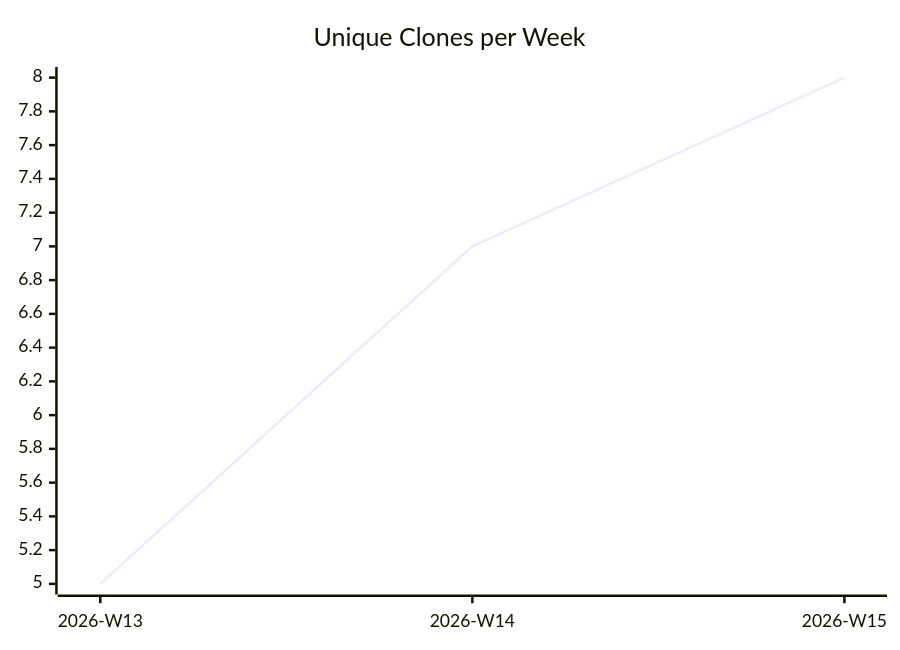
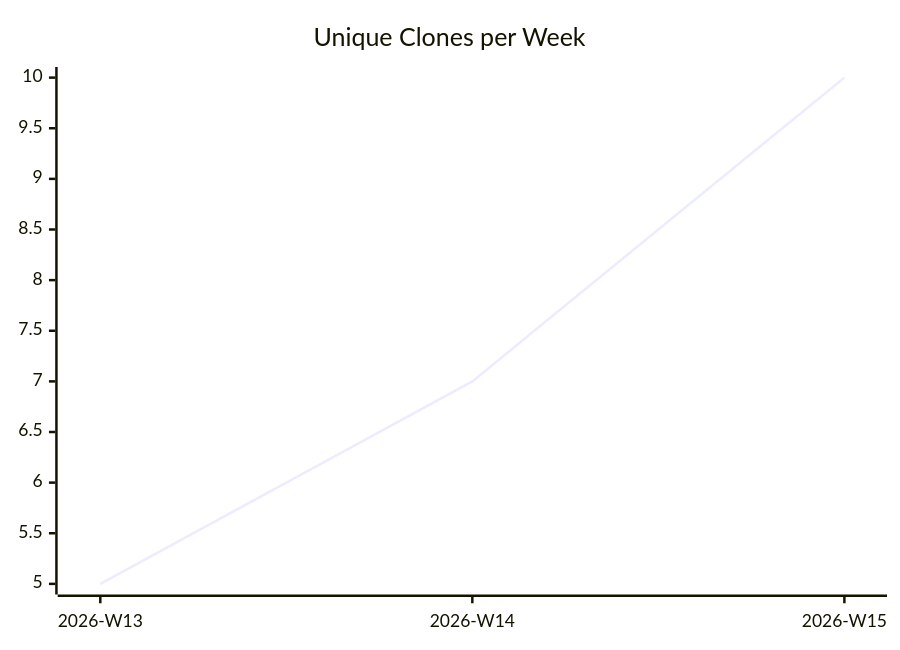
One commit to justdavis-family/github-analytics-data changed the third of 3 diagrams in karlmdavis/fhir-benchmarks/README.md. Above: the diagram before and after it, drawn with Mermaid. The commit also changed other lines of this file and 191 other files, not shown here.

````diff
--- a/karlmdavis/fhir-benchmarks/README.md
+++ b/karlmdavis/fhir-benchmarks/README.md
@@ -19,6 +19,6 @@
 ```mermaid
 xychart-beta
   title "Unique Clones per Week"
   x-axis ["2026-W13", "2026-W14", "2026-W15"]
-  line [5, 7, 8]
+  line [5, 7, 10]
 ```
````
